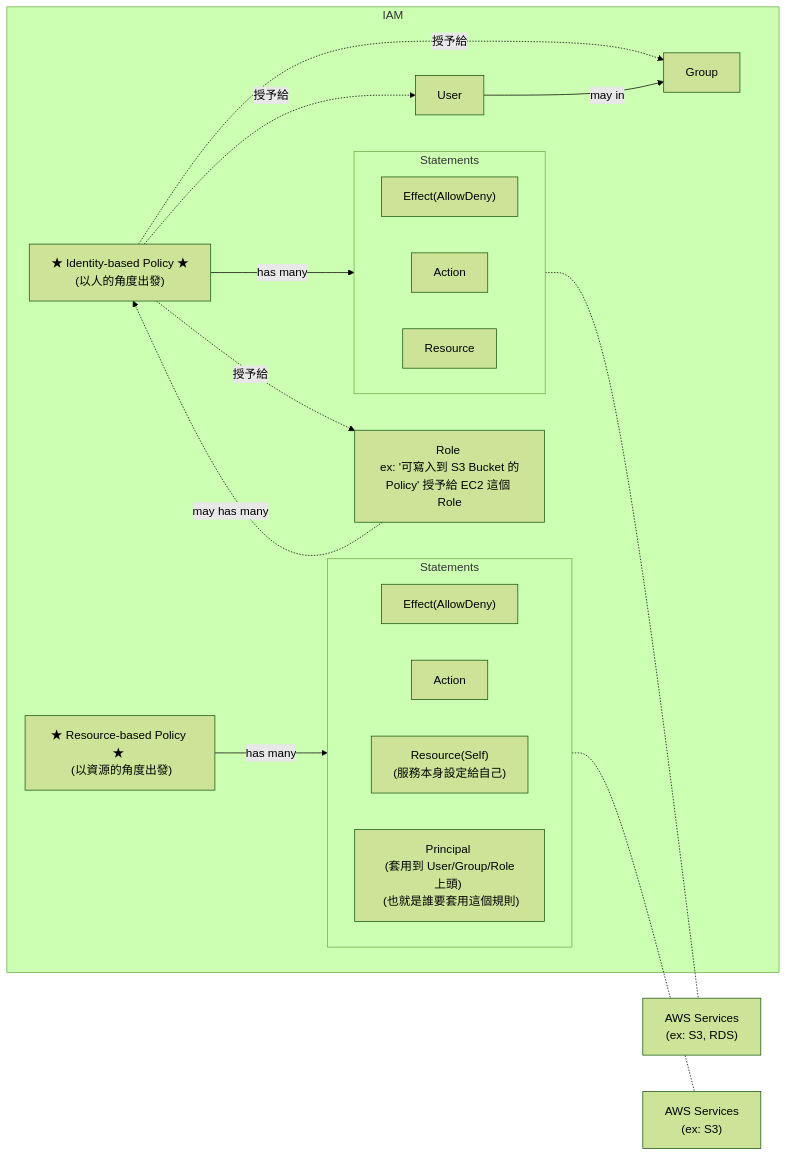
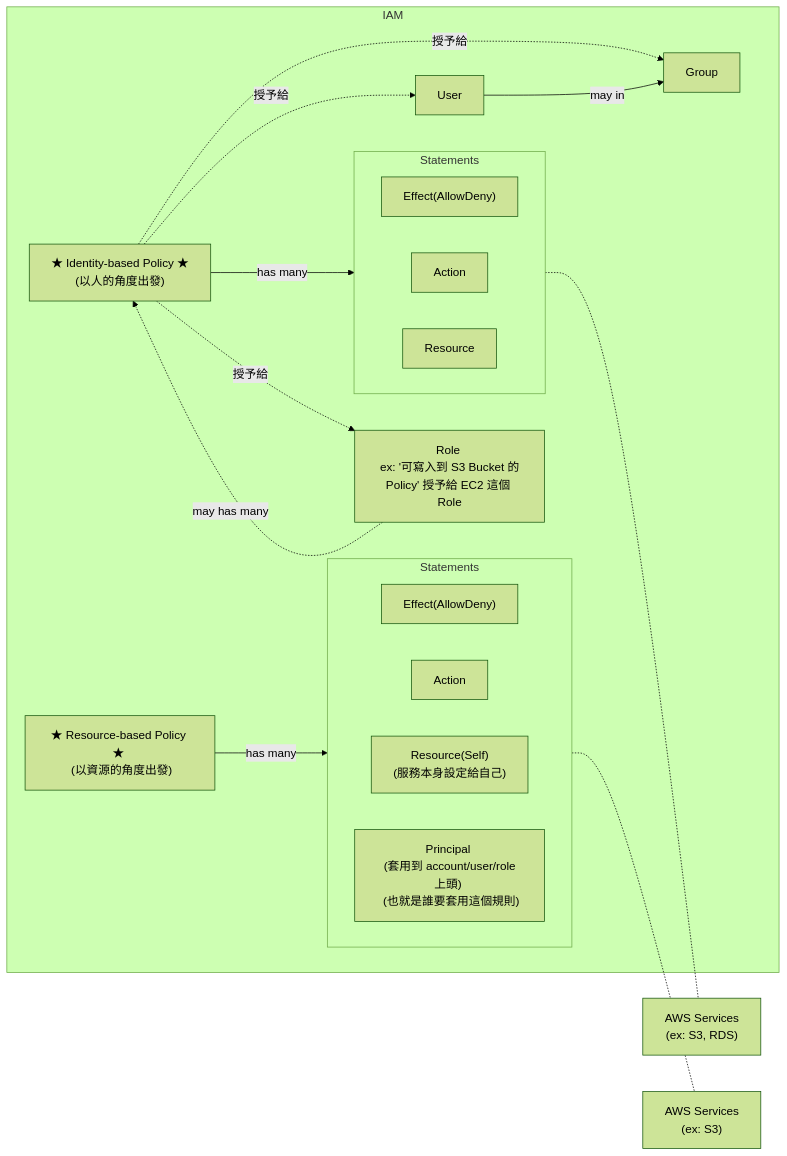
The first of 14 diagrams in aws/iam.md (cool21540125/documentation-notes), drawn with Mermaid (forest theme) before and after one commit. The commit also changed other lines of this file and 9 other files, not shown here.

````diff
--- a/aws/iam.md
+++ b/aws/iam.md
@@ -5,32 +4,32 @@
 ```mermaid
 flowchart LR
 
 subgraph IAM
     iip -. 授予給 .-> User;
     iip -. 授予給 .-> Group;
     iip -. 授予給 .-> Role;
     Role["Role \n ex: '可寫入到 S3 Bucket 的 Policy' 授予給 EC2 這個 Role"] -. may has many .-> iip;
     User -- may in --> Group;
     
     subgraph st1["Statements"]
         direction LR
         ef1["Effect(AllowDeny)"]
         ac1["Action"]
         r1["Resource"]
     end
 
     subgraph st2["Statements"]
         direction LR
         ef2["Effect(AllowDeny)"]
         ac2["Action"]
         r2["Resource(Self) \n (服務本身設定給自己)"]
-        principal["Principal \n (套用到 User/Group/Role 上頭) \n (也就是誰要套用這個規則)"]
+        principal["Principal \n (套用到 account/user/role 上頭) \n (也就是誰要套用這個規則)"]
     end
 
     iip["★ Identity-based Policy ★ \n (以人的角度出發)"] -- has many --> st1
     rrp["★ Resource-based Policy ★ \n (以資源的角度出發)"] -- has many --> st2
 end
 
 r1 -.- srv1["AWS Services \n (ex: S3, RDS)"];
 r2 -.- srv2["AWS Services \n (ex: S3)"];
 ```
````
